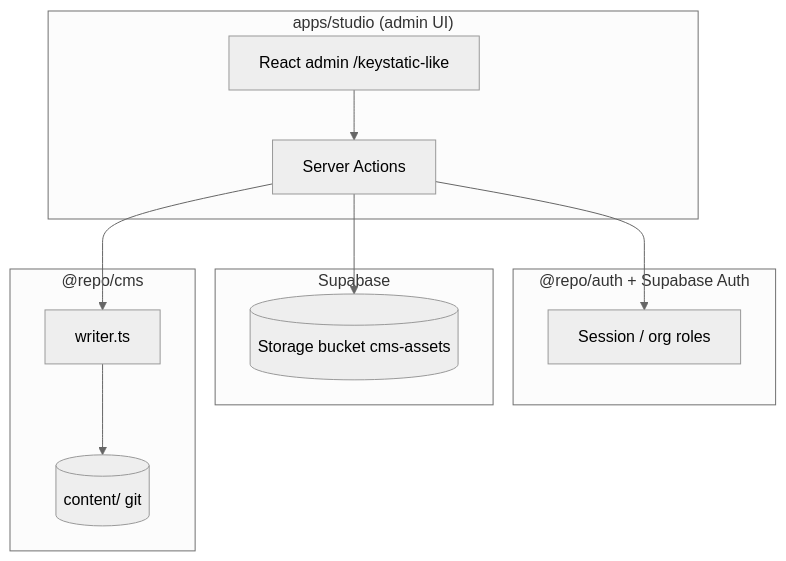
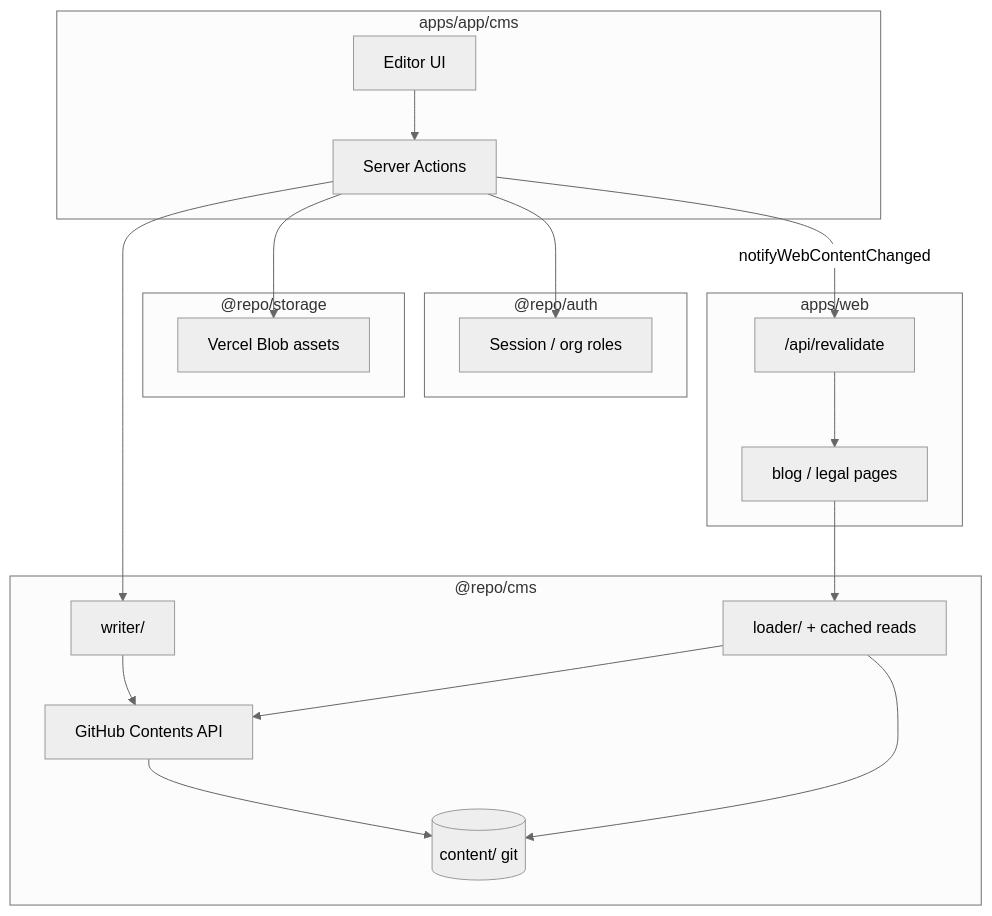
Before and after one commit to pohlai88/afenda-xforgeV2: the second of 3 diagrams in packages/cms/docs/ARCHITECTURE.md, drawn with Mermaid (neutral theme). The commit also changed other lines of this file and 168 other files, not shown here.

````diff
--- a/packages/cms/docs/ARCHITECTURE.md
+++ b/packages/cms/docs/ARCHITECTURE.md
@@ -162,26 +162,39 @@
 ```mermaid
 flowchart TB
-  subgraph studio ["apps/studio (admin UI)"]
-    UI[React admin /keystatic-like]
+  subgraph studio ["apps/app/cms"]
+    UI[Editor UI]
     SA[Server Actions]
   end
 
-  subgraph auth ["@repo/auth + Supabase Auth"]
+  subgraph auth ["@repo/auth"]
     SESS[Session / org roles]
   end
 
-  subgraph storage [Supabase]
-    R2[(Storage bucket cms-assets)]
+  subgraph storage ["@repo/storage"]
+    Blob[Vercel Blob assets]
   end
 
   subgraph cms_pkg ["@repo/cms"]
-    WRITER[writer.ts]
+    WRITER[writer/]
+    READER[loader/ + cached reads]
+    GITHUB[GitHub Contents API]
     CONTENT[(content/ git)]
+  end
+
+  subgraph web ["apps/web"]
+    PAGES[blog / legal pages]
+    REVALIDATE["/api/revalidate"]
   end
 
   UI --> SA
   SA --> SESS
   SA --> WRITER
-  SA --> R2
-  WRITER --> CONTENT
+  SA --> Blob
+  WRITER --> GITHUB
+  GITHUB --> CONTENT
+  SA -->|notifyWebContentChanged| REVALIDATE
+  REVALIDATE --> PAGES
+  READER --> GITHUB
+  READER --> CONTENT
+  PAGES --> READER
 ```
````
